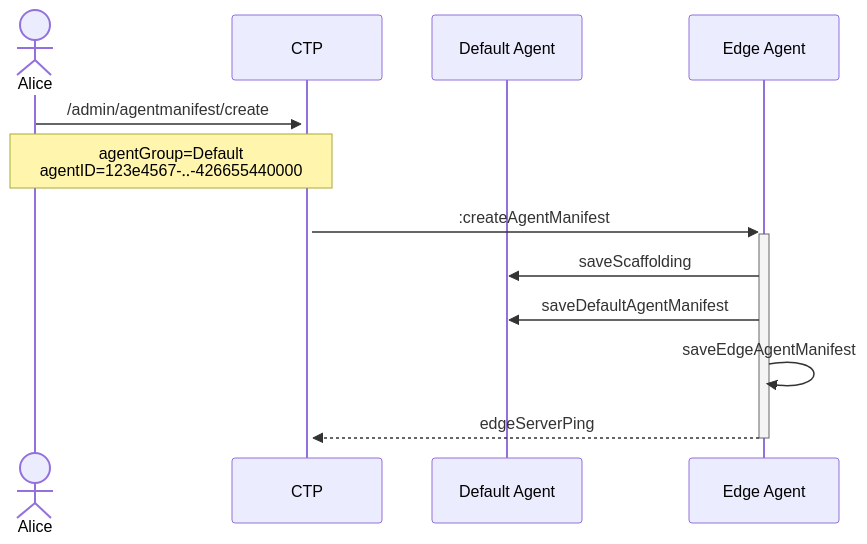
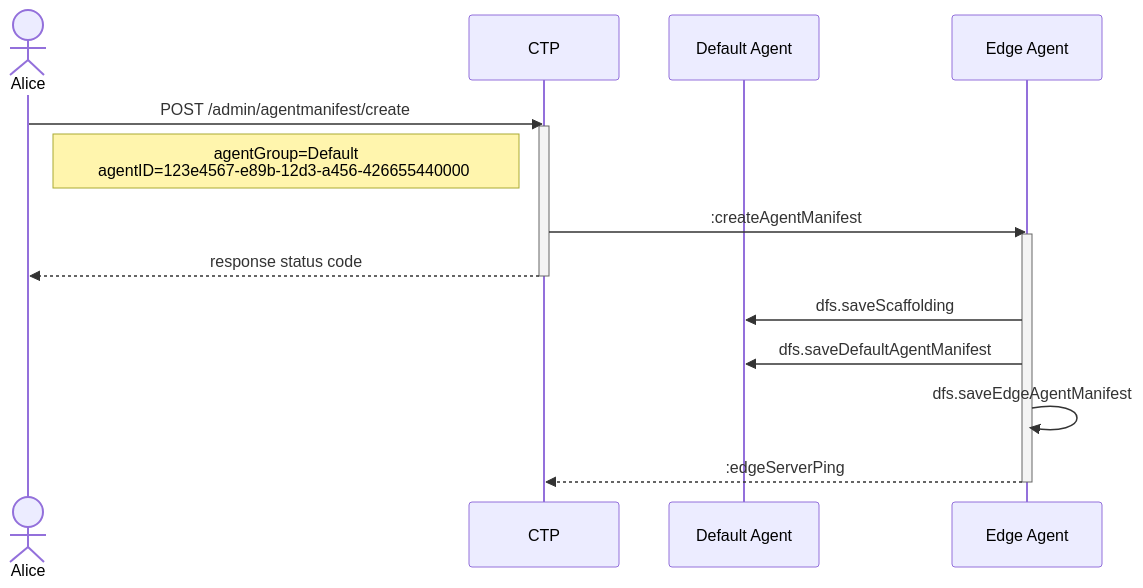
One commit to t-ibm/didymus changed the diagram in app/src/doc/templates/createEdgeDefault.mmd. Above: the diagram before and after it, drawn with Mermaid. The commit also changed 1 other file, not shown here.

Commit message:
Fixing createDefaultEdge and createEdgeDefault sequence diagrams

```diff
--- a/app/src/doc/templates/createEdgeDefault.mmd
+++ b/app/src/doc/templates/createEdgeDefault.mmd
@@ -1,12 +1,17 @@
 sequenceDiagram
     actor A as Alice
     participant C as CTP
     participant D as Default Agent
     participant E as Edge Agent
-    A->>+C: /admin/agentmanifest/create
-    Note over A,C: agentGroup=Default<br>agentID=123e4567-#8229;-426655440000
-    C->>+E: :createAgentManifest
-    E->>D: saveScaffolding
-    E->>D: saveDefaultAgentManifest
-    E->>E: saveEdgeAgentManifest
-    E-->>-C: edgeServerPing
+    A->>C: POST /admin/agentmanifest/create
+    activate C
+    Note right of A: agentGroup=Default<br>agentID=123e4567-e89b-12d3-a456-426655440000#8200;
+    C->>E: :createAgentManifest
+    activate E
+    C-->>A: response status code
+    deactivate C
+    E->>D: dfs.saveScaffolding
+    E->>D: dfs.saveDefaultAgentManifest
+    E->>E: dfs.saveEdgeAgentManifest
+    E-->>C: :edgeServerPing
+    deactivate E
```
